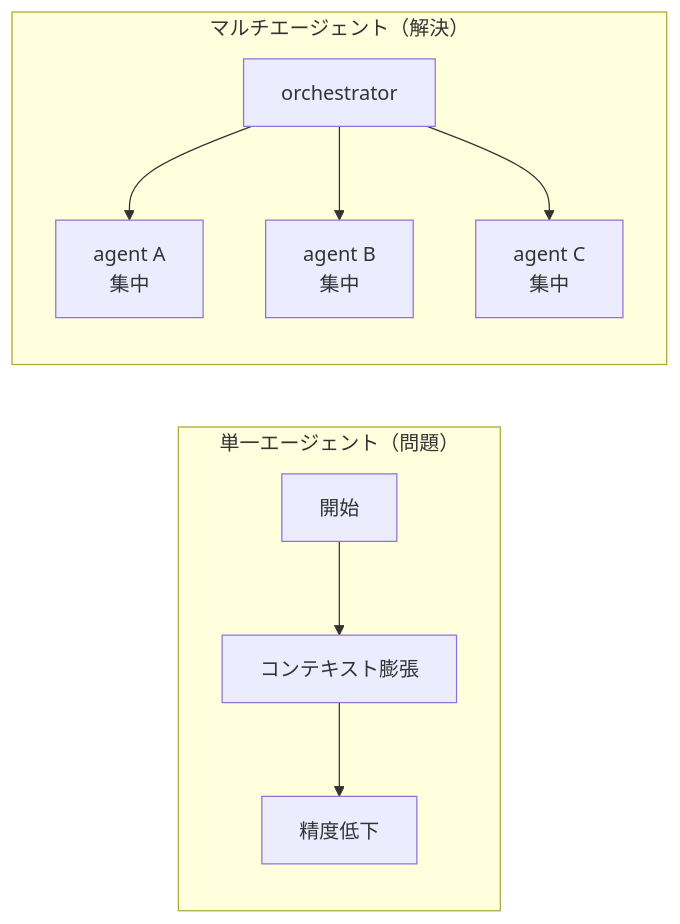
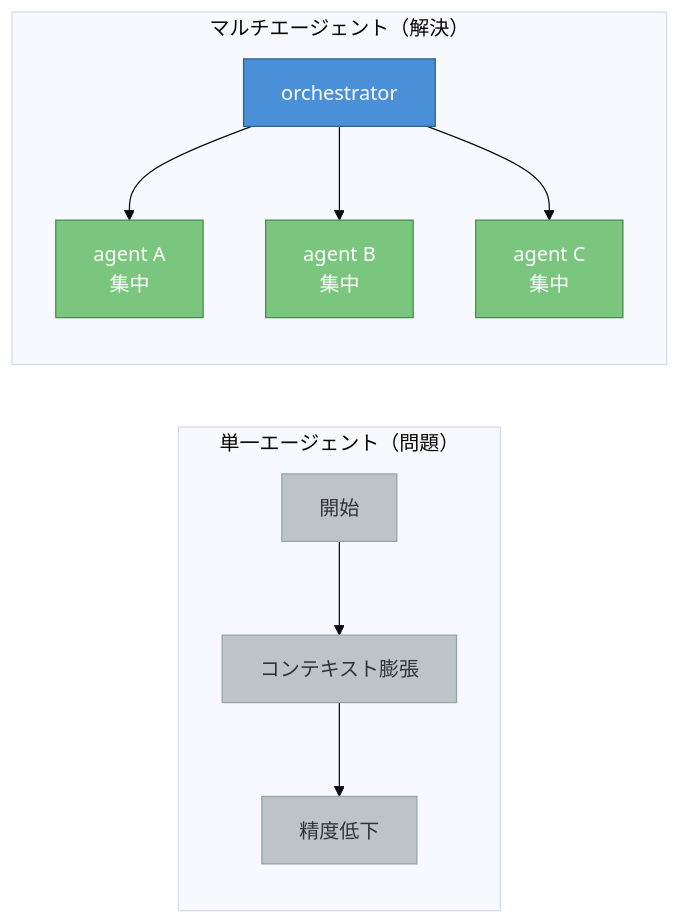
Before and after one commit to i9wa4/i9wa4.github.io: the first of 4 diagrams in slides/2026-03-04-multi-agent-orchestration.qmd, drawn with Mermaid. The commit also changed other lines of this file, not shown here.

````diff
--- a/slides/2026-03-04-multi-agent-orchestration.qmd
+++ b/slides/2026-03-04-multi-agent-orchestration.qmd
@@ -92,11 +93,18 @@
 ```{mermaid}
+%%{init: {'theme': 'base'}}%%
 graph LR
   subgraph SA["単一エージェント（問題）"]
     A1["開始"] --> A2["コンテキスト膨張"] --> A3["精度低下"]
   end
   subgraph MA["マルチエージェント（解決）"]
     B0["orchestrator"] --> B1["agent A<br/>集中"]
     B0 --> B2["agent B<br/>集中"]
     B0 --> B3["agent C<br/>集中"]
   end
+  classDef defClass    fill:#BDC3C7,color:#333,stroke:#95A5A6
+  classDef orchClass   fill:#4A90D9,color:#fff,stroke:#2C5F8A
+  classDef workerClass fill:#7BC67E,color:#fff,stroke:#4A8C4E
+  class A1,A2,A3 defClass
+  class B0 orchClass
+  class B1,B2,B3 workerClass
 ```
````
